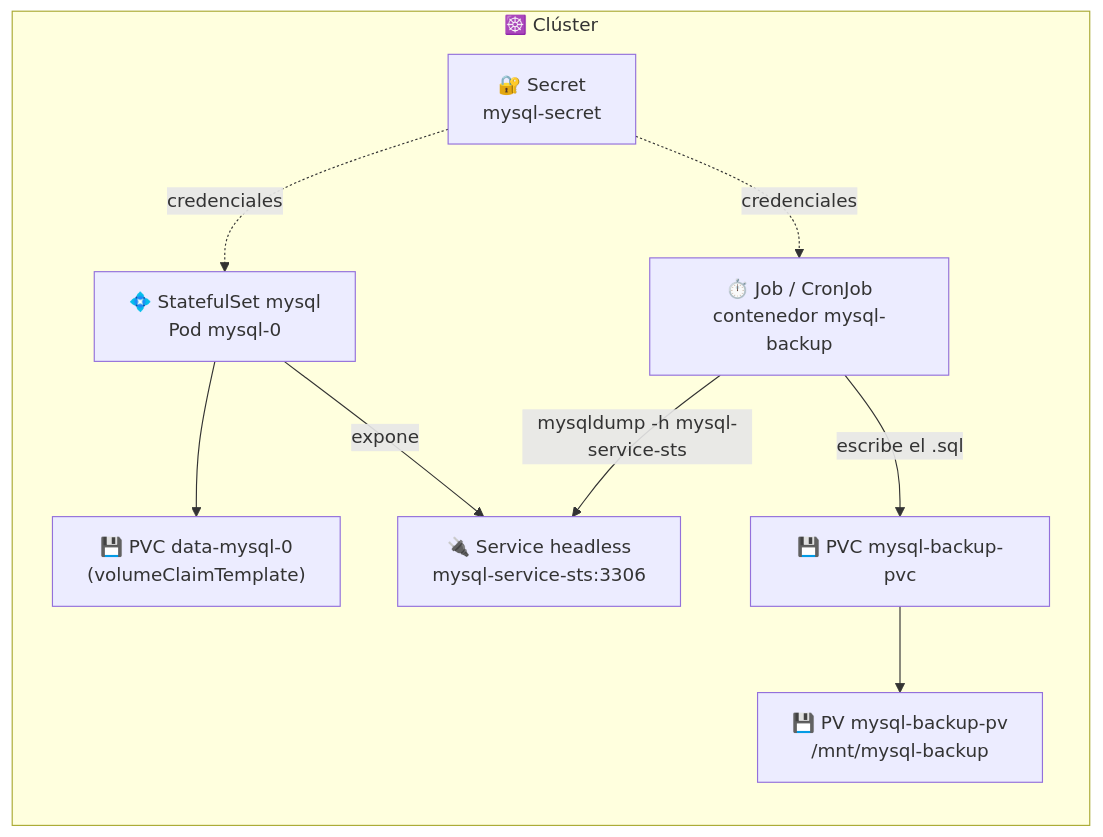
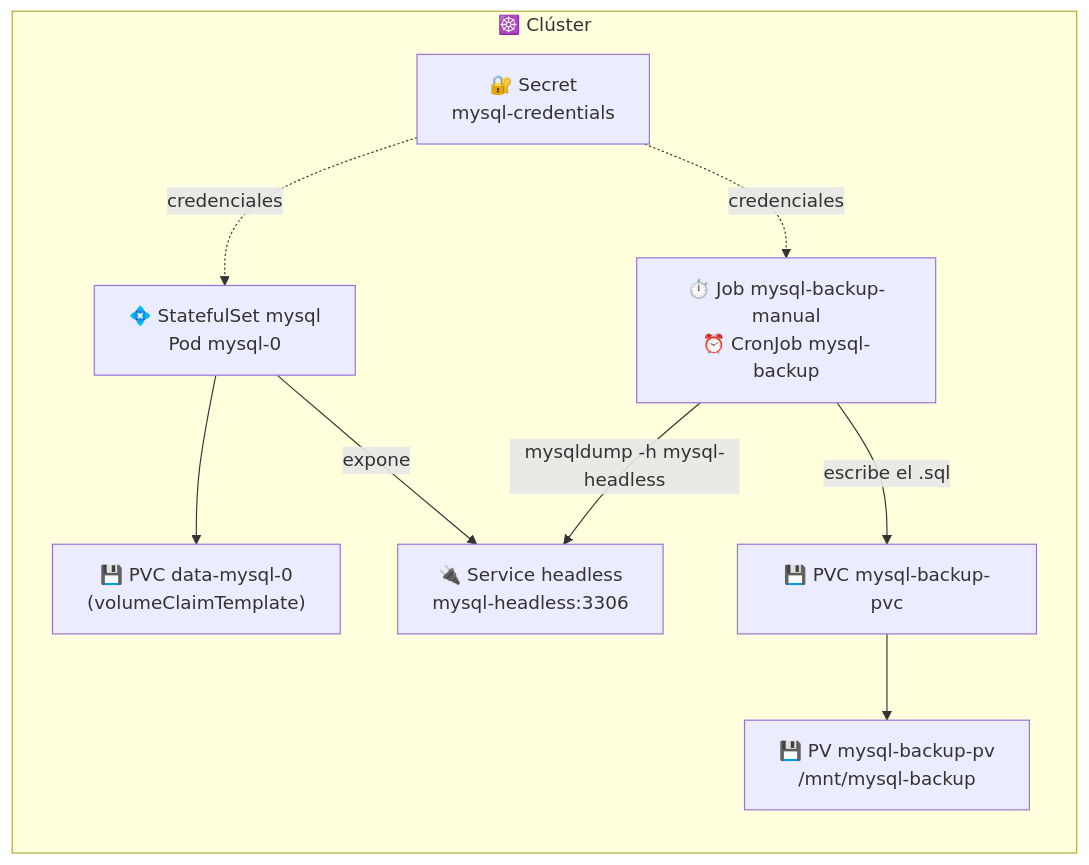
One commit to afperdomo2/curso-kubernetes-platzi changed the fourth of 4 diagrams in 14-jobs-cronjobs/README.md. Above: the diagram before and after it, drawn with Mermaid. The commit also changed other lines of this file and 5 other files, not shown here.

````diff
--- a/14-jobs-cronjobs/README.md
+++ b/14-jobs-cronjobs/README.md
@@ -108,18 +108,18 @@
 ```mermaid
 flowchart LR
     subgraph CLUSTER["☸️ Clúster"]
-        SEC["🔐 Secret<br/>mysql-secret"]
+        SEC["🔐 Secret<br/>mysql-credentials"]
         STS["💠 StatefulSet mysql<br/>Pod mysql-0"]
-        SVC["🔌 Service headless<br/>mysql-service-sts:3306"]
+        SVC["🔌 Service headless<br/>mysql-headless:3306"]
         PVC1["💾 PVC data-mysql-0<br/>(volumeClaimTemplate)"]
-        JOB["⏱️ Job / CronJob<br/>contenedor mysql-backup"]
+        JOB["⏱️ Job mysql-backup-manual<br/>⏰ CronJob mysql-backup"]
         PVC2["💾 PVC mysql-backup-pvc"]
         PV2["💾 PV mysql-backup-pv<br/>/mnt/mysql-backup"]
     end
     SEC -.->|"credenciales"| STS
     SEC -.->|"credenciales"| JOB
     STS --> PVC1
     STS -->|"expone"| SVC
-    JOB -->|"mysqldump -h mysql-service-sts"| SVC
+    JOB -->|"mysqldump -h mysql-headless"| SVC
     JOB -->|"escribe el .sql"| PVC2 --> PV2
 ```
````
